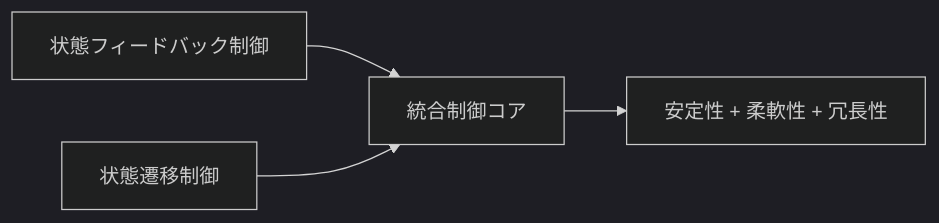
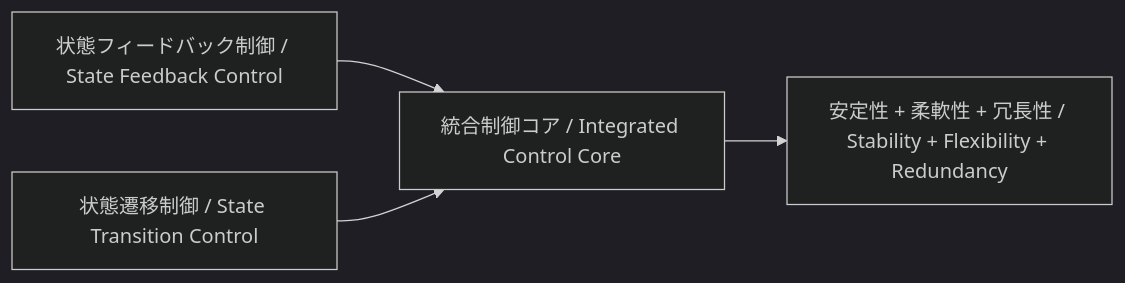
One commit to Samizo-AITL/AITL-Strategy-Proposal changed the first of 3 diagrams in AITL_Strategy_Proposal_Draft_v4_0.md. Above: the diagram before and after it, drawn with Mermaid (dark theme). The commit also changed other lines of this file, not shown here.

````diff
--- a/AITL_Strategy_Proposal_Draft_v4_0.md
+++ b/AITL_Strategy_Proposal_Draft_v4_0.md
@@ -69,6 +70,6 @@
 ```mermaid
 flowchart LR
-    A[状態フィードバック制御] --> C[統合制御コア]
-    B[状態遷移制御] --> C
-    C --> D[安定性 + 柔軟性 + 冗長性]
+    A[状態フィードバック制御 / State Feedback Control] --> C[統合制御コア / Integrated Control Core]
+    B[状態遷移制御 / State Transition Control] --> C
+    C --> D[安定性 + 柔軟性 + 冗長性 / Stability + Flexibility + Redundancy]
 ```
````
